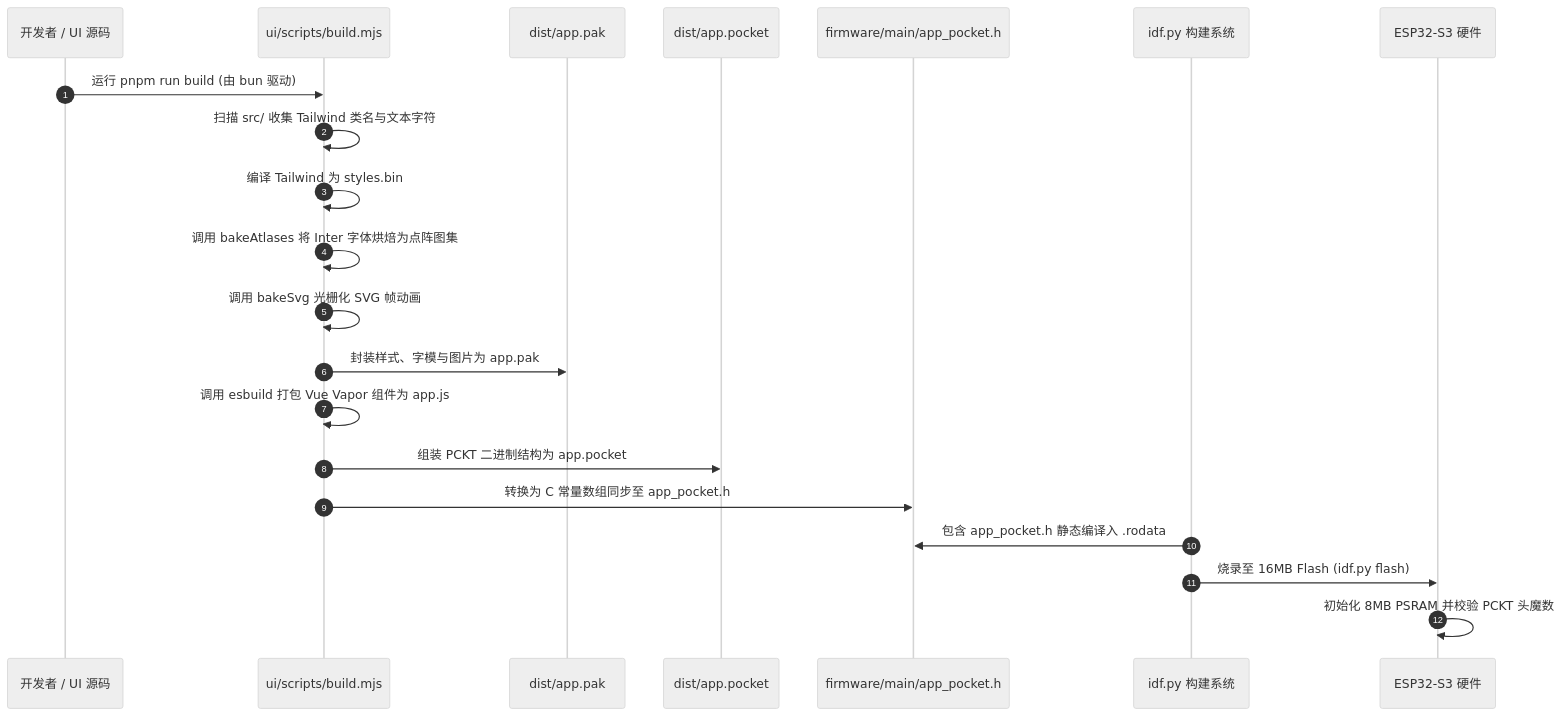
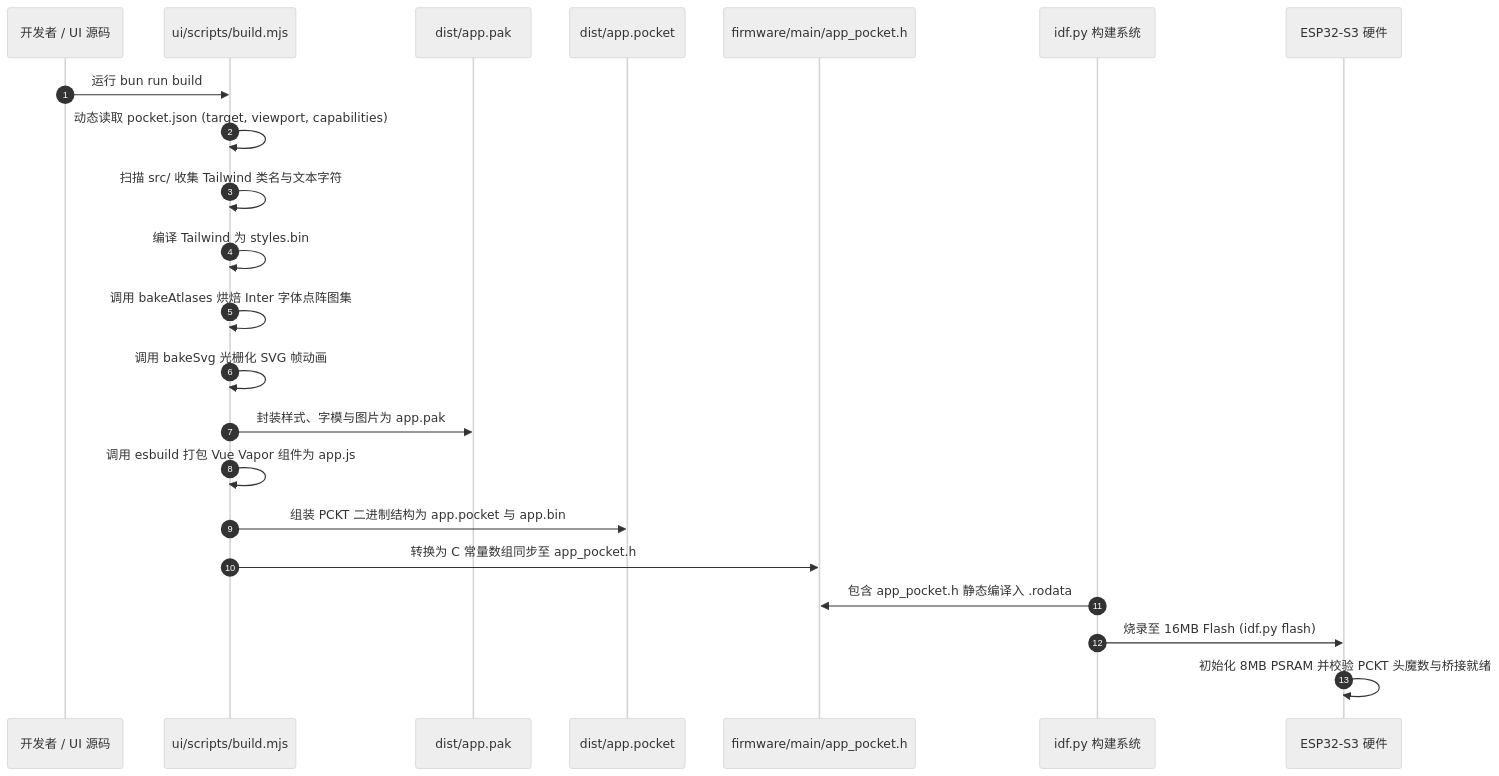
One commit to slime7/remapad changed the second of 2 diagrams in docs/ARCHITECTURE.md. Above: the diagram before and after it, drawn with Mermaid (neutral theme). The commit also changed other lines of this file and 23 other files, not shown here.

````diff
--- a/docs/ARCHITECTURE.md
+++ b/docs/ARCHITECTURE.md
@@ -107,24 +139,25 @@
 ```mermaid
 sequenceDiagram
     autonumber
     participant Dev as 开发者 / UI 源码
     participant Build as ui/scripts/build.mjs
     participant Pak as dist/app.pak
     participant Pkt as dist/app.pocket
     participant CHead as firmware/main/app_pocket.h
     participant IDF as idf.py 构建系统
     participant HW as ESP32-S3 硬件
 
-    Dev->>Build: 运行 pnpm run build (由 bun 驱动)
+    Dev->>Build: 运行 bun run build
+    Build->>Build: 动态读取 pocket.json (target, viewport, capabilities)
     Build->>Build: 扫描 src/ 收集 Tailwind 类名与文本字符
     Build->>Build: 编译 Tailwind 为 styles.bin
-    Build->>Build: 调用 bakeAtlases 将 Inter 字体烘焙为点阵图集
+    Build->>Build: 调用 bakeAtlases 烘焙 Inter 字体点阵图集
     Build->>Build: 调用 bakeSvg 光栅化 SVG 帧动画
     Build->>Pak: 封装样式、字模与图片为 app.pak
     Build->>Build: 调用 esbuild 打包 Vue Vapor 组件为 app.js
-    Build->>Pkt: 组装 PCKT 二进制结构为 app.pocket
+    Build->>Pkt: 组装 PCKT 二进制结构为 app.pocket 与 app.bin
     Build->>CHead: 转换为 C 常量数组同步至 app_pocket.h
     IDF->>CHead: 包含 app_pocket.h 静态编译入 .rodata
     IDF->>HW: 烧录至 16MB Flash (idf.py flash)
-    HW->>HW: 初始化 8MB PSRAM 并校验 PCKT 头魔数
+    HW->>HW: 初始化 8MB PSRAM 并校验 PCKT 头魔数与桥接就绪
 ```
````
